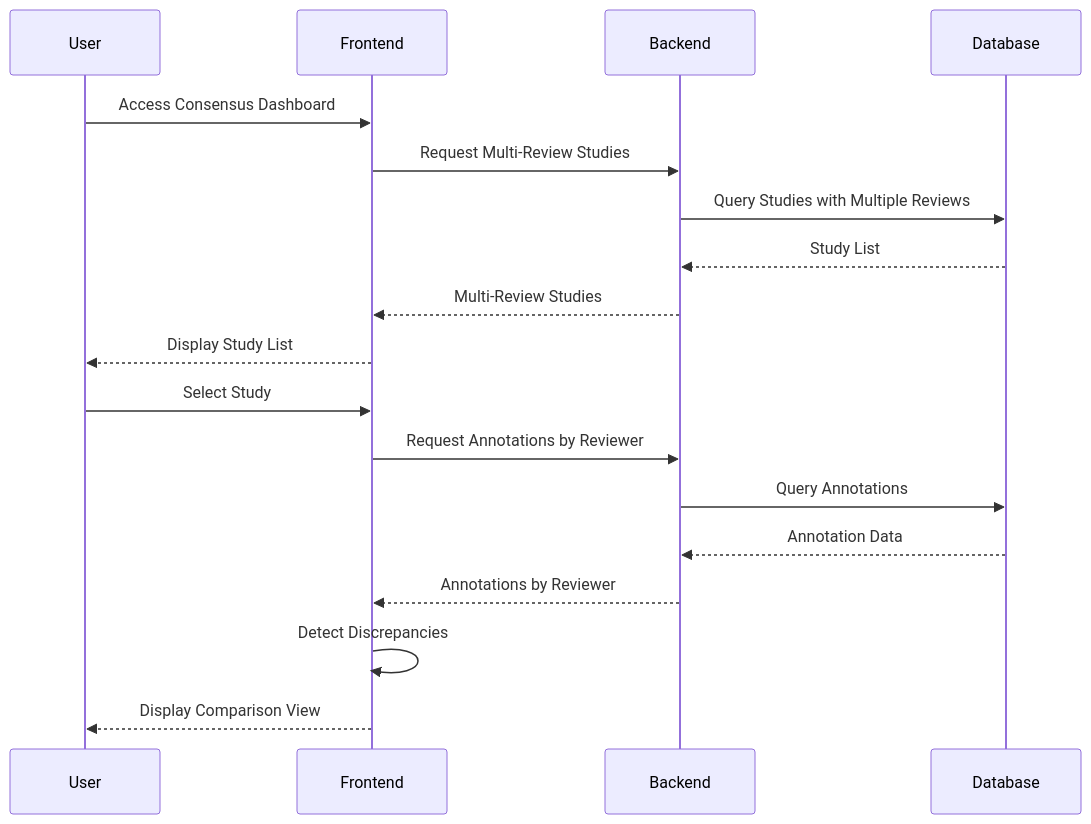
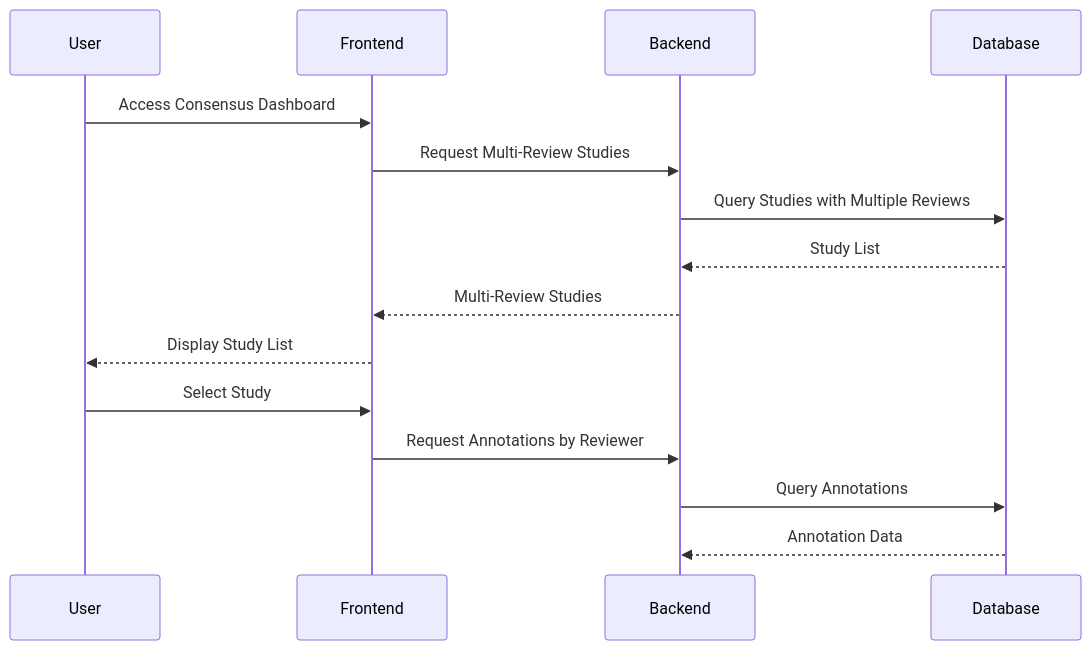
One commit to mgadaphy/dicom-research changed the sixth of 8 diagrams in docs/system_architecture.md. Above: the diagram before and after it, drawn with Mermaid. The commit also changed other lines of this file and 3 other files, not shown here.

````diff
--- a/docs/system_architecture.md
+++ b/docs/system_architecture.md
@@ -314,22 +314,19 @@
 ```mermaid
 sequenceDiagram
   participant User
   participant Frontend
   participant Backend
   participant Database
   
   User->>Frontend: Access Consensus Dashboard
   Frontend->>Backend: Request Multi-Review Studies
   Backend->>Database: Query Studies with Multiple Reviews
   Database-->>Backend: Study List
   Backend-->>Frontend: Multi-Review Studies
   Frontend-->>User: Display Study List
   
   User->>Frontend: Select Study
   Frontend->>Backend: Request Annotations by Reviewer
   Backend->>Database: Query Annotations
   Database-->>Backend: Annotation Data
-  Backend-->>Frontend: Annotations by Reviewer
-  Frontend->>Frontend: Detect Discrepancies
-  Frontend-->>User: Display Comparison View
 ```
````
